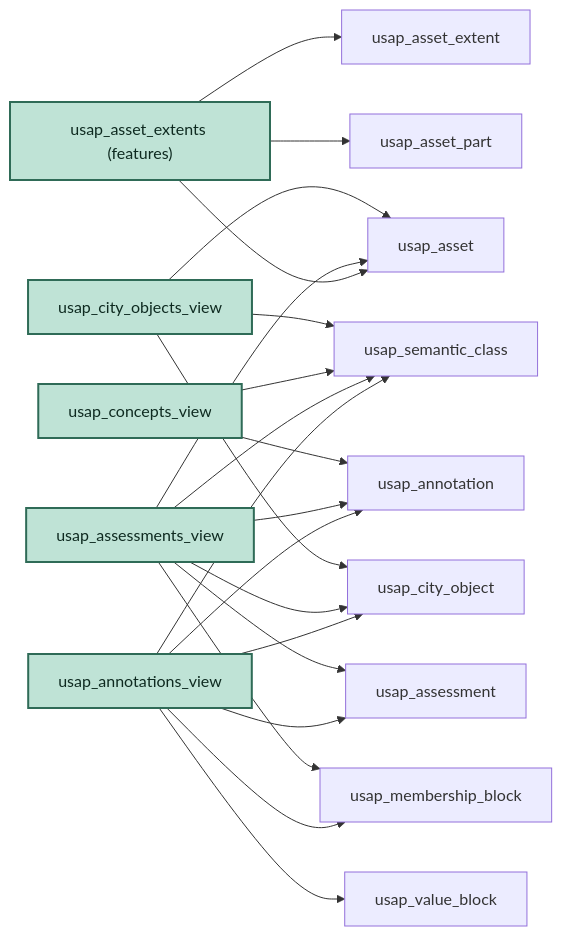
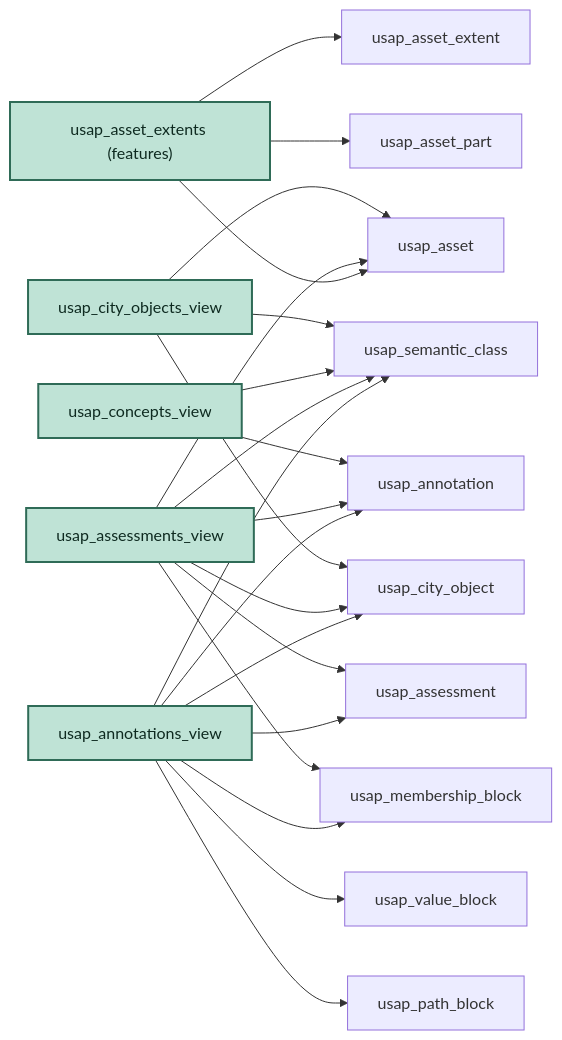
The second of 3 diagrams in docs/SCHEMA_WIRING.md (EliaMTH/usap_prot), drawn with Mermaid before and after one commit. The commit also changed other lines of this file and 24 other files, not shown here.

````diff
--- a/docs/SCHEMA_WIRING.md
+++ b/docs/SCHEMA_WIRING.md
@@ -125,30 +136,31 @@
 ```mermaid
 flowchart LR
     AEXTV["usap_asset_extents (features)"]:::view
     ANNV["usap_annotations_view"]:::view
     ASMV["usap_assessments_view"]:::view
     CONV["usap_concepts_view"]:::view
     COV["usap_city_objects_view"]:::view
     AEXTV --> AEXT[usap_asset_extent]
     AEXTV --> ASSET[usap_asset]
     AEXTV --> APART[usap_asset_part]
     ANNV --> ANN[usap_annotation]
     ANNV --> SCLASS[usap_semantic_class]
     ANNV --> CO[usap_city_object]
     ANNV --> MB[usap_membership_block]
     ANNV --> VB[usap_value_block]
+    ANNV --> PB[usap_path_block]
     ANNV --> ASM[usap_assessment]
     ASMV --> ASM
     ASMV --> ANN
     ASMV --> SCLASS
     ASMV --> CO
     ASMV --> ASSET
     ASMV --> MB
     CONV --> SCLASS
     CONV --> ANN
     COV --> CO
     COV --> SCLASS
     COV --> ASSET
 
     classDef view fill:#bfe3d6,stroke:#2f6b57,color:#0e2a20,stroke-width:2px;
 ```
````
